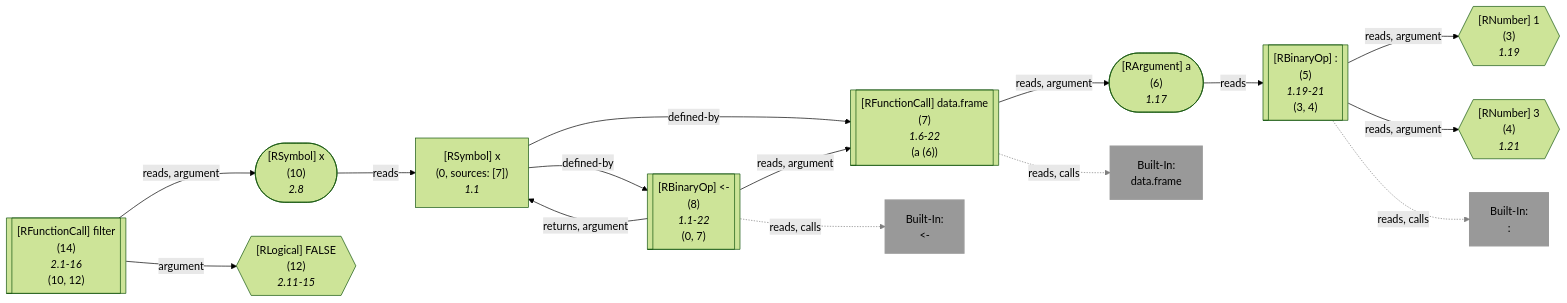
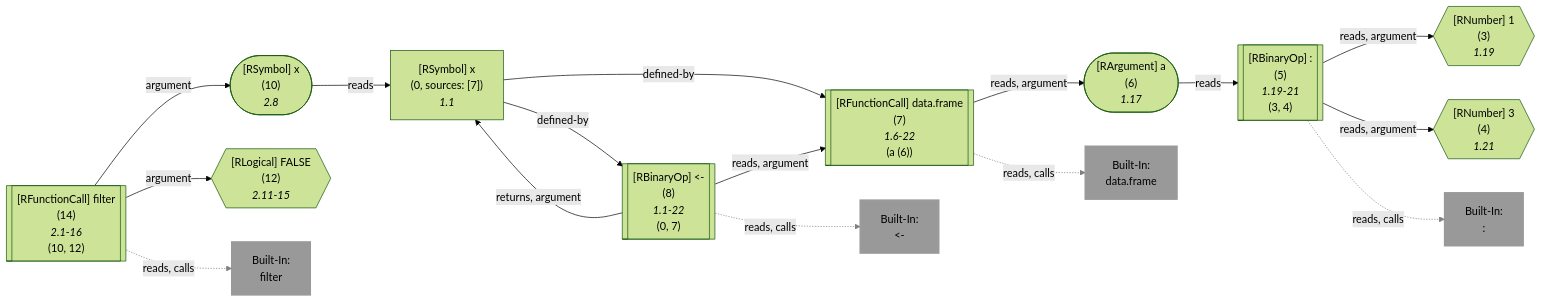
Before and after one commit to flowr-analysis/flowr: the seventh of 21 diagrams in wiki/Query API.md, drawn with Mermaid (forest theme). The commit also changed other lines of this file and 51 other files, not shown here.

````diff
--- a/wiki/Query API.md
+++ b/wiki/Query API.md
@@ -3249,70 +3249,71 @@
 ```mermaid
 flowchart LR
     3{{"`#91;RNumber#93; 1
       (3)
       *1.19*`"}}
    %% No edges found for 3
     4{{"`#91;RNumber#93; 3
       (4)
       *1.21*`"}}
    %% No edges found for 4
     5[["`#91;RBinaryOp#93; #58;
       (5)
       *1.19-21*
     (3, 4)`"]]
     built-in::["`Built-In:
 #58;`"]
     style built-in:: stroke:gray,fill:gray,stroke-width:2px,opacity:.8;
     6(["`#91;RArgument#93; a
       (6)
       *1.17*`"])
     7[["`#91;RFunctionCall#93; data.frame
       (7)
       *1.6-22*
     (a (6))`"]]
     built-in:data_frame["`Built-In:
 data.frame`"]
     style built-in:data_frame stroke:gray,fill:gray,stroke-width:2px,opacity:.8;
     0["`#91;RSymbol#93; x
       (0, sources: [7])
       *1.1*`"]
     8[["`#91;RBinaryOp#93; #60;#45;
       (8)
       *1.1-22*
     (0, 7)`"]]
     built-in:_-["`Built-In:
 #60;#45;`"]
     style built-in:_- stroke:gray,fill:gray,stroke-width:2px,opacity:.8;
     10(["`#91;RSymbol#93; x
       (10)
       *2.8*`"])
     12{{"`#91;RLogical#93; FALSE
       (12)
       *2.11-15*`"}}
    %% No edges found for 12
-    %% Environment of 14 [level: 0]:
-    %% Built-in
-    %% 735----------------------------------------
-    %%   x: {**x** (id: 0, type: Unknown, def. @8)}
     14[["`#91;RFunctionCall#93; filter
       (14)
       *2.1-16*
     (10, 12)`"]]
+    built-in:filter["`Built-In:
+filter`"]
+    style built-in:filter stroke:gray,fill:gray,stroke-width:2px,opacity:.8;
     5 -->|"reads, argument"| 3
     5 -->|"reads, argument"| 4
     5 -.->|"reads, calls"| built-in::
     linkStyle 2 stroke:gray;
     6 -->|"reads"| 5
     7 -->|"reads, argument"| 6
     7 -.->|"reads, calls"| built-in:data_frame
     linkStyle 5 stroke:gray;
     0 -->|"defined-by"| 7
     0 -->|"defined-by"| 8
     8 -->|"reads, argument"| 7
     8 -->|"returns, argument"| 0
     8 -.->|"reads, calls"| built-in:_-
     linkStyle 10 stroke:gray;
     10 -->|"reads"| 0
-    14 -->|"reads, argument"| 10
+    14 -->|"argument"| 10
     14 -->|"argument"| 12
+    14 -.->|"reads, calls"| built-in:filter
+    linkStyle 14 stroke:gray;
 ```
````
